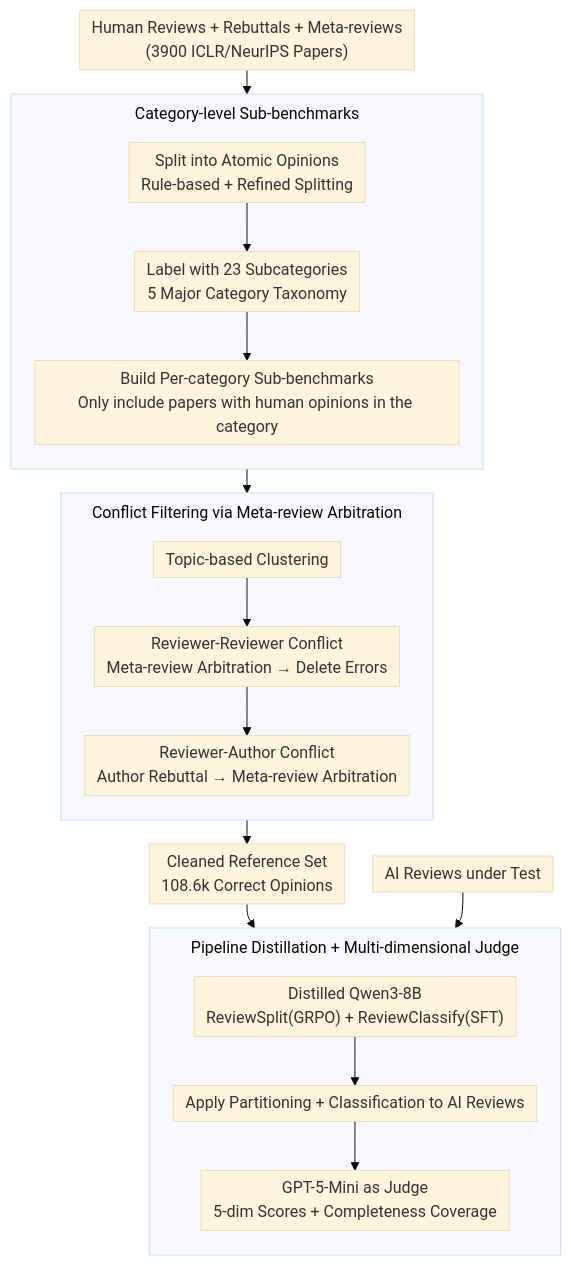
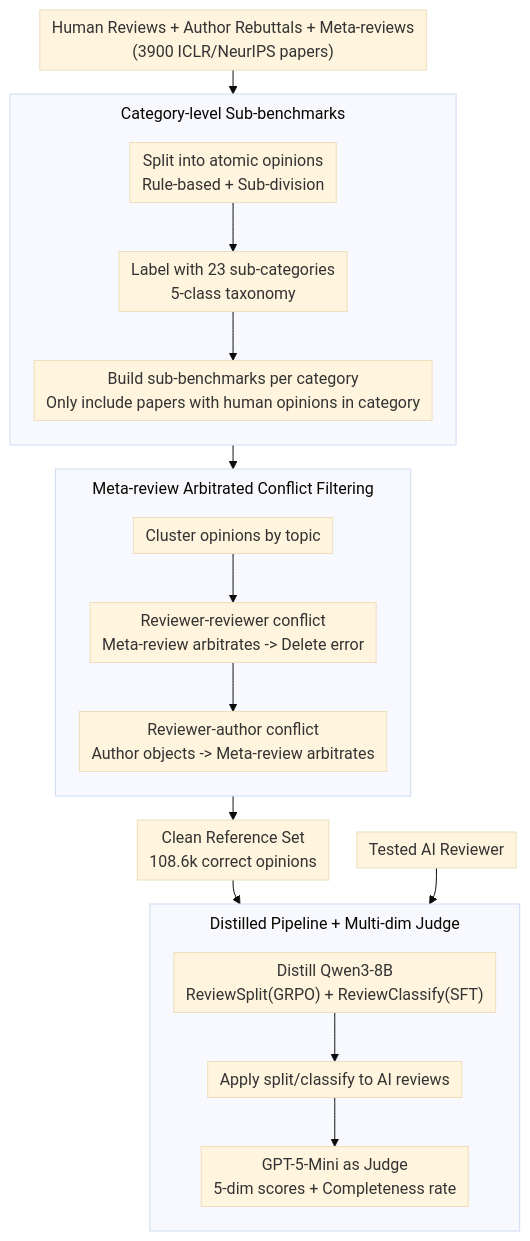
One commit to zhaoyang97/Paper-Notes-en changed the diagram in docs/ICML2026/llm_reasoning/cocoreviewbench_a_completeness-_and_correctness-oriented_benchmark_for_ai_review.md. Above: the diagram before and after it, drawn with Mermaid (base theme). The commit also changed other lines of this file and 5084 other files, not shown here.

````diff
--- a/docs/ICML2026/llm_reasoning/cocoreviewbench_a_completeness-_and_correctness-oriented_benchmark_for_ai_review.md
+++ b/docs/ICML2026/llm_reasoning/cocoreviewbench_a_completeness-_and_correctness-oriented_benchmark_for_ai_review.md
@@ -45,23 +45,23 @@
 ```mermaid
 %%{init: {'flowchart': {'rankSpacing': 24, 'nodeSpacing': 28, 'padding': 6, 'wrappingWidth': 400, 'subGraphTitleMargin': {'top': 8, 'bottom': 16}}}}%%
 flowchart TD
-    H["Human Reviews + Rebuttals + Meta-reviews<br/>(3900 ICLR/NeurIPS Papers)"]
+    H["Human Reviews + Author Rebuttals + Meta-reviews<br/>(3900 ICLR/NeurIPS papers)"]
     subgraph S1["Category-level Sub-benchmarks"]
         direction TB
-        A["Split into Atomic Opinions<br/>Rule-based + Refined Splitting"] --> B["Label with 23 Subcategories<br/>5 Major Category Taxonomy"]
-        B --> C["Build Per-category Sub-benchmarks<br/>Only include papers with human opinions in the category"]
+        A["Split into atomic opinions<br/>Rule-based + Sub-division"] --> B["Label with 23 sub-categories<br/>5-class taxonomy"]
+        B --> C["Build sub-benchmarks per category<br/>Only include papers with human opinions in category"]
     end
-    subgraph S2["Conflict Filtering via Meta-review Arbitration"]
+    subgraph S2["Meta-review Arbitrated Conflict Filtering"]
         direction TB
-        D["Topic-based Clustering"] --> E["Reviewer-Reviewer Conflict<br/>Meta-review Arbitration → Delete Errors"]
-        E --> F["Reviewer-Author Conflict<br/>Author Rebuttal → Meta-review Arbitration"]
+        D["Cluster opinions by topic"] --> E["Reviewer-reviewer conflict<br/>Meta-review arbitrates -> Delete error"]
+        E --> F["Reviewer-author conflict<br/>Author objects -> Meta-review arbitrates"]
     end
-    subgraph S3["Pipeline Distillation + Multi-dimensional Judge"]
+    subgraph S3["Distilled Pipeline + Multi-dim Judge"]
         direction TB
-        I["Distilled Qwen3-8B<br/>ReviewSplit(GRPO) + ReviewClassify(SFT)"] --> J["Apply Partitioning + Classification to AI Reviews"]
-        J --> K["GPT-5-Mini as Judge<br/>5-dim Scores + Completeness Coverage"]
+        I["Distill Qwen3-8B<br/>ReviewSplit(GRPO) + ReviewClassify(SFT)"] --> J["Apply split/classify to AI reviews"]
+        J --> K["GPT-5-Mini as Judge<br/>5-dim scores + Completeness rate"]
     end
-    H --> S1 --> S2 --> G["Cleaned Reference Set<br/>108.6k Correct Opinions"]
-    AI["AI Reviews under Test"] --> S3
+    H --> S1 --> S2 --> G["Clean Reference Set<br/>108.6k correct opinions"]
+    AI["Tested AI Reviewer"] --> S3
     G --> K
 ```
````
